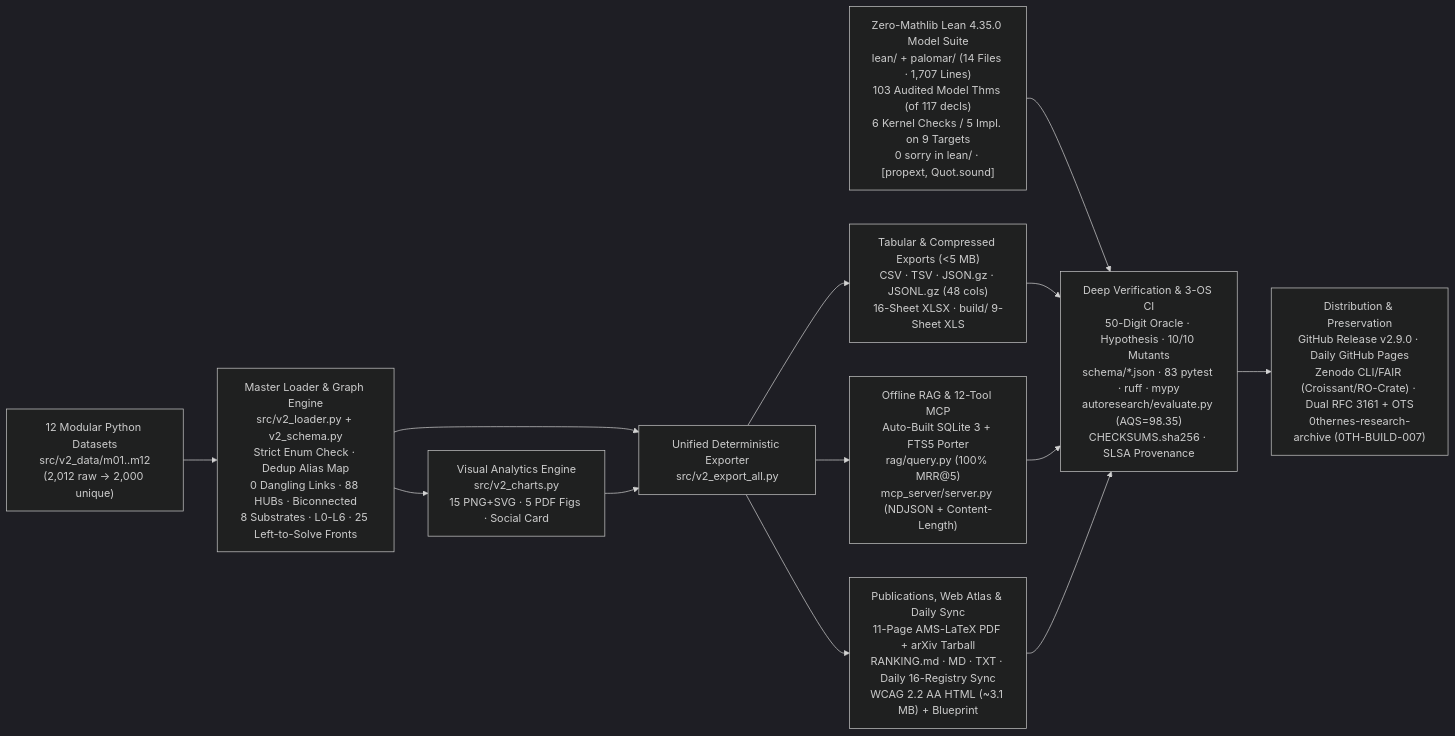
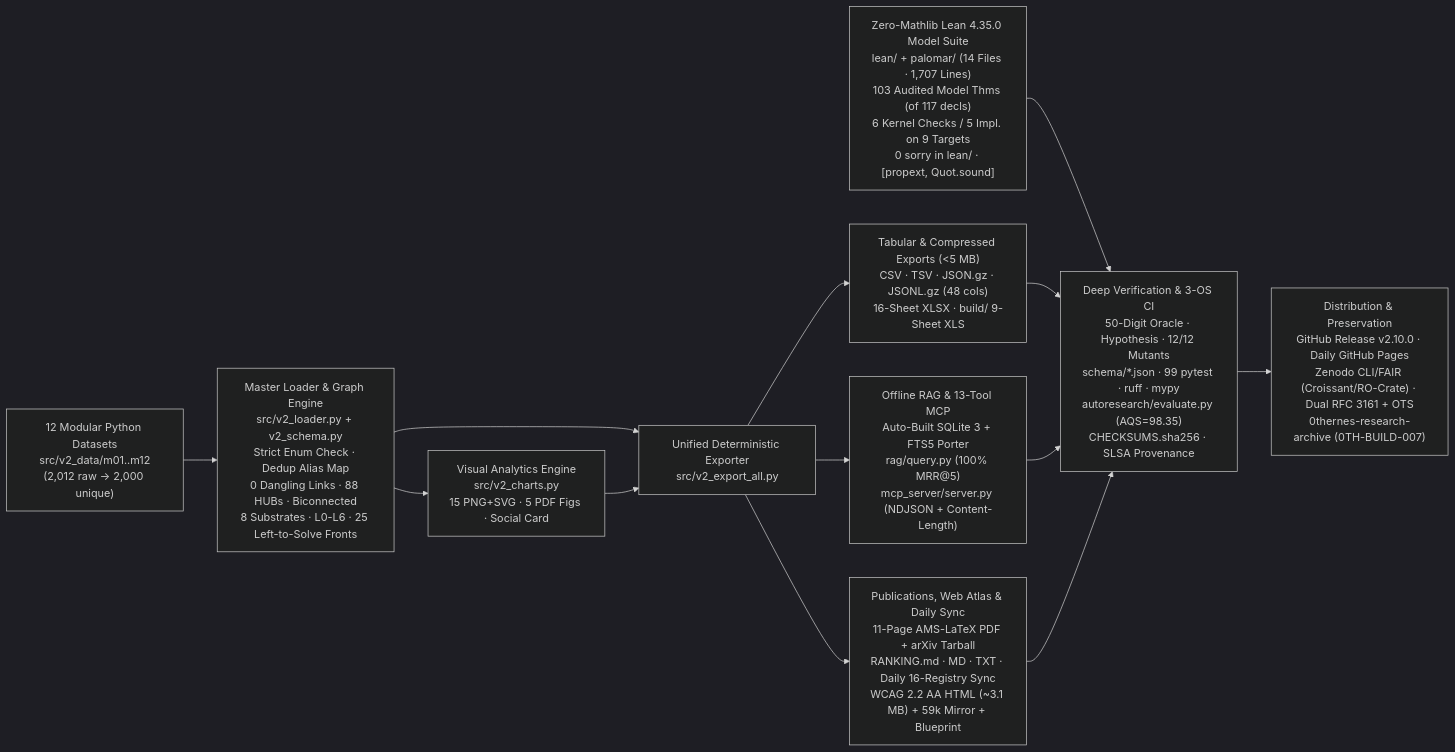
The diagram in ARCHITECTURE.md (0thernes/unsolved-problems-mega-atlas), drawn with Mermaid (dark theme) before and after one commit. The commit also changed other lines of this file and 136 other files, not shown here.

Commit message:
feat(v2.10.0): Round 7 3-cycle hardening (H-901..H-913), 100/100 verbatim Left to Solve mirror parity (290 crosswalk), 13-tool MCP hardening, Node 24 workflows, 12/12 mutants & 99 tests

````diff
--- a/ARCHITECTURE.md
+++ b/ARCHITECTURE.md
@@ -5,15 +5,15 @@
 ```mermaid
 flowchart LR
     A["12 Modular Python Datasets\nsrc/v2_data/m01..m12\n(2,012 raw -> 2,000 unique)"] --> B["Master Loader & Graph Engine\nsrc/v2_loader.py + v2_schema.py\nStrict Enum Check · Dedup Alias Map\n0 Dangling Links · 88 HUBs · Biconnected\n8 Substrates · L0-L6 · 25 Left-to-Solve Fronts"]
     B --> C["Visual Analytics Engine\nsrc/v2_charts.py\n15 PNG+SVG · 5 PDF Figs · Social Card"]
     B --> D["Unified Deterministic Exporter\nsrc/v2_export_all.py"]
     C --> D
     D --> E1["Tabular & Compressed Exports (<5 MB)\nCSV · TSV · JSON.gz · JSONL.gz (48 cols)\n16-Sheet XLSX · build/ 9-Sheet XLS"]
-    D --> E2["Offline RAG & 12-Tool MCP\nAuto-Built SQLite 3 + FTS5 Porter\nrag/query.py (100% MRR@5)\nmcp_server/server.py (NDJSON + Content-Length)"]
-    D --> E3["Publications, Web Atlas & Daily Sync\n11-Page AMS-LaTeX PDF + arXiv Tarball\nRANKING.md · MD · TXT · Daily 16-Registry Sync\nWCAG 2.2 AA HTML (~3.1 MB) + Blueprint"]
-    F["Zero-Mathlib Lean 4.35.0 Model Suite\nlean/ + palomar/ (14 Files · 1,707 Lines)\n103 Audited Model Thms (of 117 decls)\n6 Kernel Checks / 5 Impl. on 9 Targets\n0 sorry in lean/ · [propext, Quot.sound]"] --> G["Deep Verification & 3-OS CI\n50-Digit Oracle · Hypothesis · 10/10 Mutants\nschema/*.json · 83 pytest · ruff · mypy\nautoresearch/evaluate.py (AQS=98.35)\nCHECKSUMS.sha256 · SLSA Provenance"]
+    D --> E2["Offline RAG & 13-Tool MCP\nAuto-Built SQLite 3 + FTS5 Porter\nrag/query.py (100% MRR@5)\nmcp_server/server.py (NDJSON + Content-Length)"]
+    D --> E3["Publications, Web Atlas & Daily Sync\n11-Page AMS-LaTeX PDF + arXiv Tarball\nRANKING.md · MD · TXT · Daily 16-Registry Sync\nWCAG 2.2 AA HTML (~3.1 MB) + 59k Mirror + Blueprint"]
+    F["Zero-Mathlib Lean 4.35.0 Model Suite\nlean/ + palomar/ (14 Files · 1,707 Lines)\n103 Audited Model Thms (of 117 decls)\n6 Kernel Checks / 5 Impl. on 9 Targets\n0 sorry in lean/ · [propext, Quot.sound]"] --> G["Deep Verification & 3-OS CI\n50-Digit Oracle · Hypothesis · 12/12 Mutants\nschema/*.json · 99 pytest · ruff · mypy\nautoresearch/evaluate.py (AQS=98.35)\nCHECKSUMS.sha256 · SLSA Provenance"]
     E1 --> G
     E2 --> G
     E3 --> G
-    G --> H["Distribution & Preservation\nGitHub Release v2.9.0 · Daily GitHub Pages\nZenodo CLI/FAIR (Croissant/RO-Crate) · Dual RFC 3161 + OTS\n0thernes-research-archive (0TH-BUILD-007)"]
+    G --> H["Distribution & Preservation\nGitHub Release v2.10.0 · Daily GitHub Pages\nZenodo CLI/FAIR (Croissant/RO-Crate) · Dual RFC 3161 + OTS\n0thernes-research-archive (0TH-BUILD-007)"]
 ```
````
